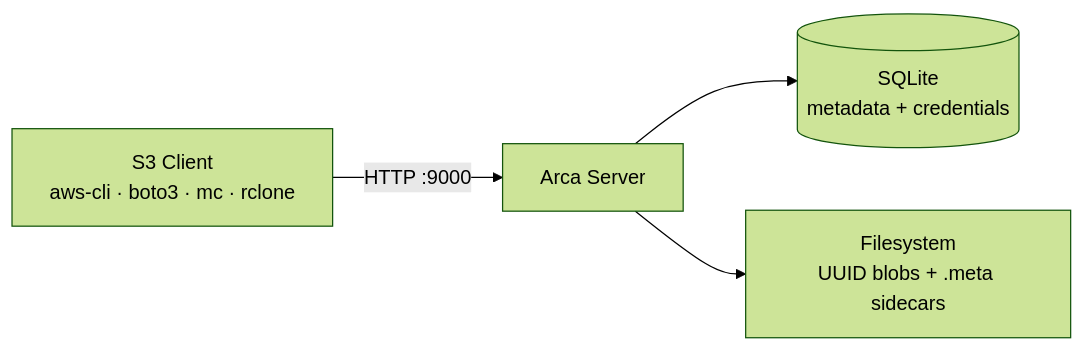
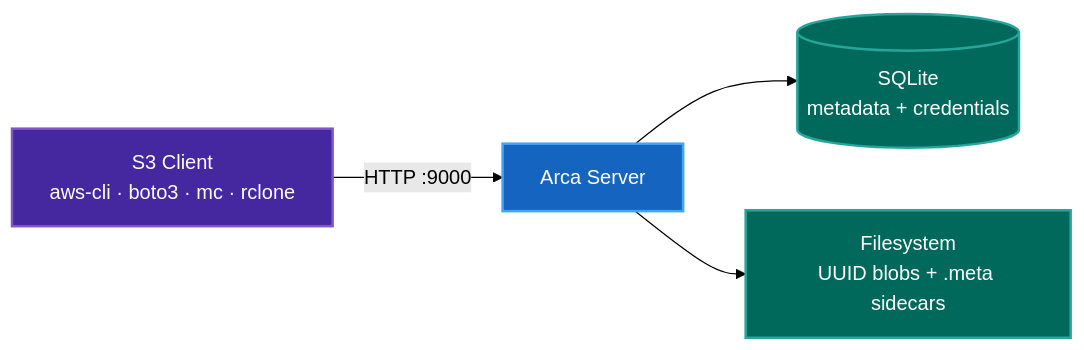
The first of 5 diagrams in documentation/docs/reference/architecture.md (dxc-technology/arca), drawn with Mermaid (forest theme) before and after one commit. The commit also changed other lines of this file and 26 other files, not shown here.

First line of the commit message:
Fix Mermaid diagram contrast in light/dark themes

````diff
--- a/documentation/docs/reference/architecture.md
+++ b/documentation/docs/reference/architecture.md
@@ -11,6 +11,11 @@
 ```mermaid
 graph LR
     C["S3 Client<br/>aws-cli · boto3 · mc · rclone"] -->|"HTTP :9000"| A["Arca Server"]
     A --> DB[("SQLite<br/>metadata + credentials")]
     A --> FS["Filesystem<br/>UUID blobs + .meta sidecars"]
+
+    style C fill:#4527a0,stroke:#7e57c2,stroke-width:2px,color:#fff
+    style A fill:#1565c0,stroke:#42a5f5,stroke-width:2px,color:#fff
+    style DB fill:#00695c,stroke:#26a69a,stroke-width:2px,color:#fff
+    style FS fill:#00695c,stroke:#26a69a,stroke-width:2px,color:#fff
 ```
````
